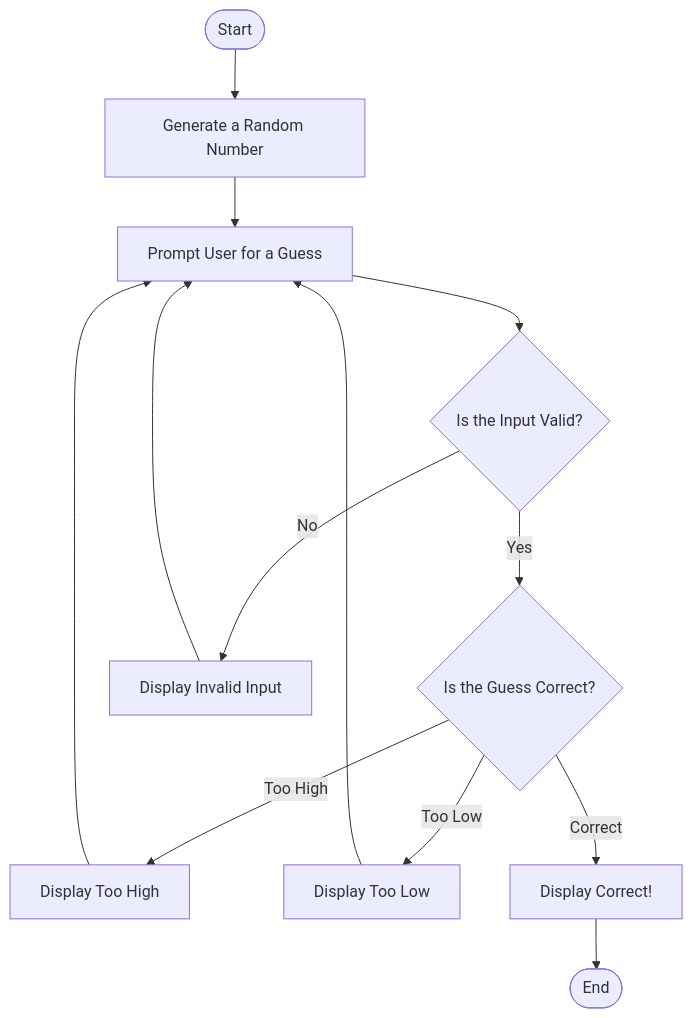
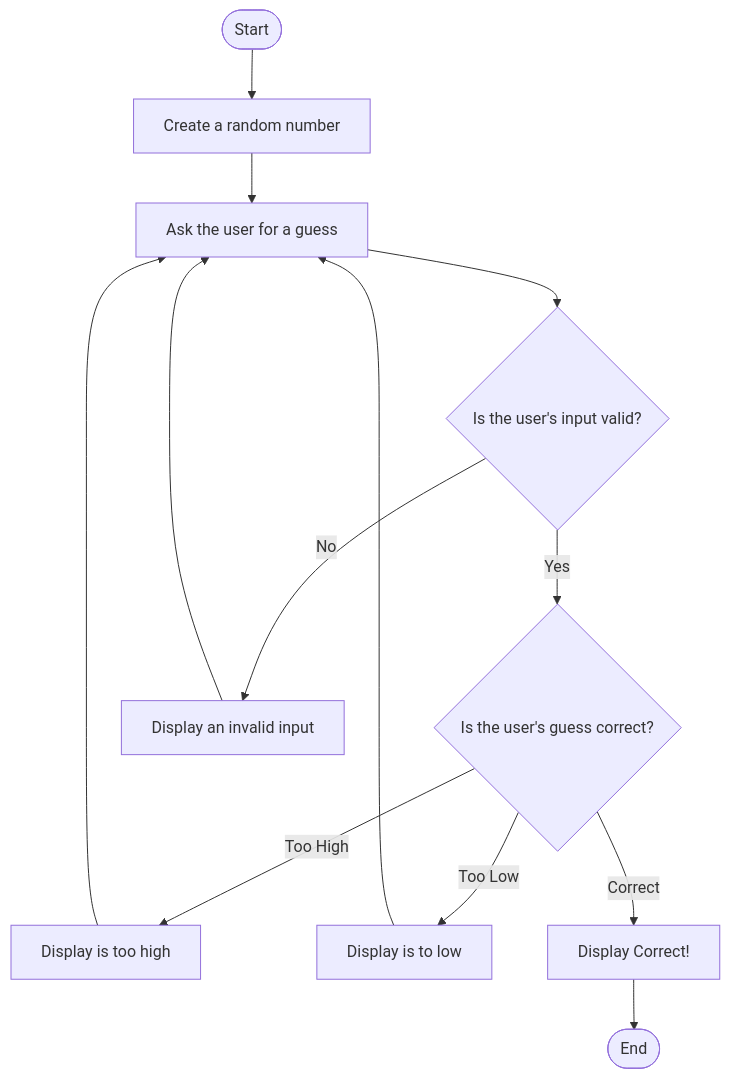
Before and after one commit to rmjohnson12/rmjohnson12.github.io: the diagram in guessing.md, drawn with Mermaid.

````diff
--- a/guessing.md
+++ b/guessing.md
@@ -1,15 +1,15 @@
 ```mermaid
 flowchart TD
-    Start([Start]) --> A[Generate a Random Number]
-    A --> B[Prompt User for a Guess]
-    B --> C{Is the Input Valid?}
-    C -- "Yes" --> D{Is the Guess Correct?}
-    C -- "No" --> E[Display Invalid Input]
+    Start([Start]) --> A[Create a random number]
+    A --> B[Ask the user for a guess]
+    B --> C{Is the user's input valid?}
+    C -- "Yes" --> D{Is the user's guess correct?}
+    C -- "No" --> E[Display an invalid input]
     E --> B
-    D -- "Too High" --> F[Display Too High]
+    D -- "Too High" --> F[Display is too high]
     F --> B
-    D -- "Too Low" --> G[Display Too Low]
+    D -- "Too Low" --> G[Display is to low]
     G --> B
     D -- "Correct" --> H[Display Correct!]
     H --> End([End])
 ```
````
